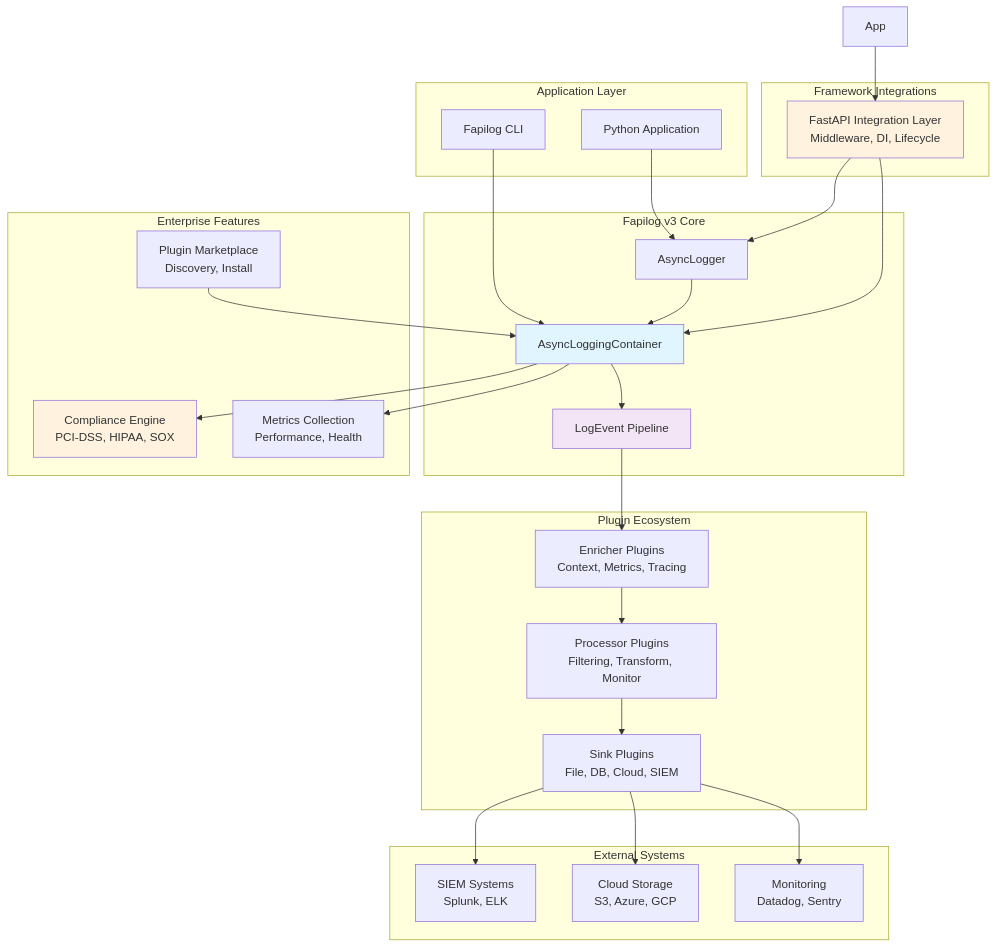
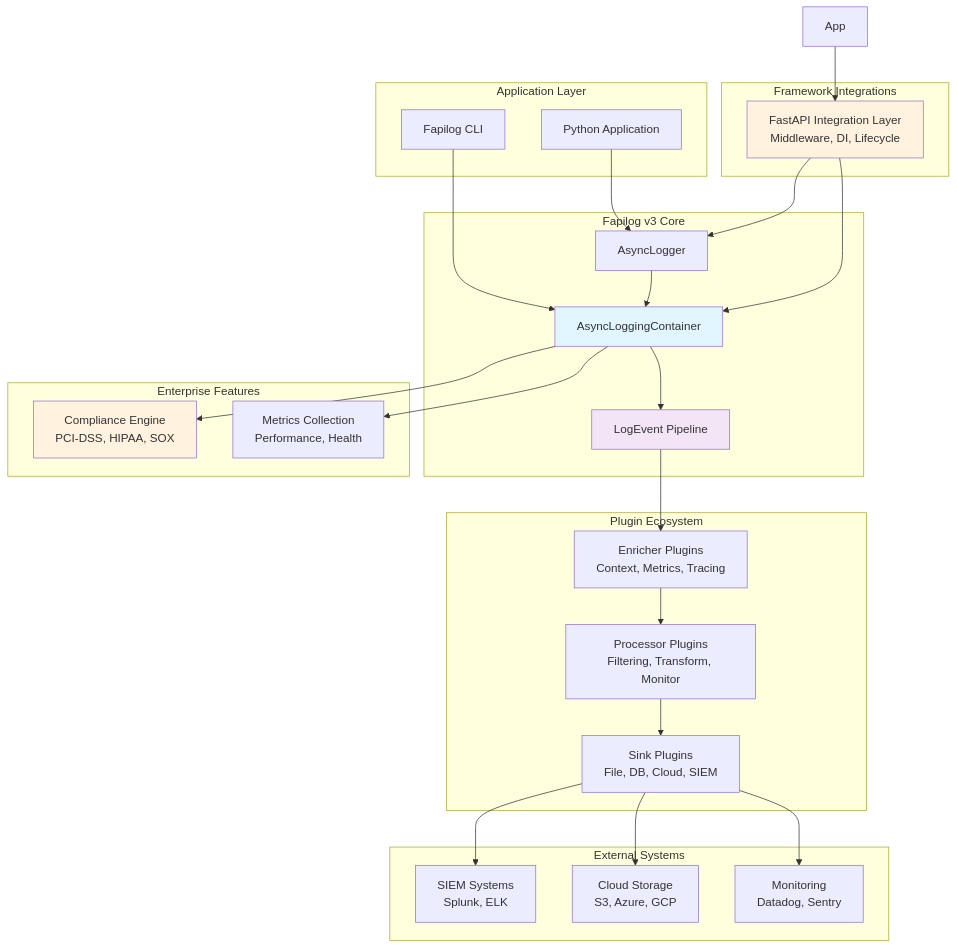
The first of 7 diagrams in docs/architecture.md (chris-haste/fapilog), drawn with Mermaid before and after one commit. The commit also changed other lines of this file and 24 other files, not shown here.

````diff
--- a/docs/architecture.md
+++ b/docs/architecture.md
@@ -50,61 +49,59 @@
 ```mermaid
 graph TB
     subgraph "Application Layer"
         APP["Python Application"]
         CLI["Fapilog CLI"]
     end
 
     subgraph "Fapilog v3 Core"
         LOGGER["AsyncLogger"]
         CONTAINER["AsyncLoggingContainer"]
         EVENTS["LogEvent Pipeline"]
     end
 
     subgraph "Plugin Ecosystem"
         ENRICHERS["Enricher Plugins<br/>Context, Metrics, Tracing"]
         PROCESSORS["Processor Plugins<br/>Filtering, Transform, Monitor"]
         SINKS["Sink Plugins<br/>File, DB, Cloud, SIEM"]
     end
 
     subgraph "Enterprise Features"
         COMPLIANCE["Compliance Engine<br/>PCI-DSS, HIPAA, SOX"]
         METRICS["Metrics Collection<br/>Performance, Health"]
-        MARKETPLACE["Plugin Marketplace<br/>Discovery, Install"]
     end
 
     subgraph "External Systems"
         SIEM["SIEM Systems<br/>Splunk, ELK"]
         CLOUD["Cloud Storage<br/>S3, Azure, GCP"]
         MONITOR["Monitoring<br/>Datadog, Sentry"]
     end
 
     APP --> LOGGER
     CLI --> CONTAINER
     LOGGER --> CONTAINER
     CONTAINER --> EVENTS
 
     EVENTS --> ENRICHERS
     ENRICHERS --> PROCESSORS
     PROCESSORS --> SINKS
 
     CONTAINER --> COMPLIANCE
     CONTAINER --> METRICS
-            MARKETPLACE --> CONTAINER
 
         SINKS --> SIEM
         SINKS --> CLOUD
         SINKS --> MONITOR
 
         subgraph "Framework Integrations"
             FASTAPI["FastAPI Integration Layer<br/>Middleware, DI, Lifecycle"]
         end
 
         App --> FASTAPI
         FASTAPI --> LOGGER
         FASTAPI --> CONTAINER
 
         style CONTAINER fill:#e1f5fe
         style EVENTS fill:#f3e5f5
         style FASTAPI fill:#fff3e0
     style COMPLIANCE fill:#fff3e0
 ```
````
